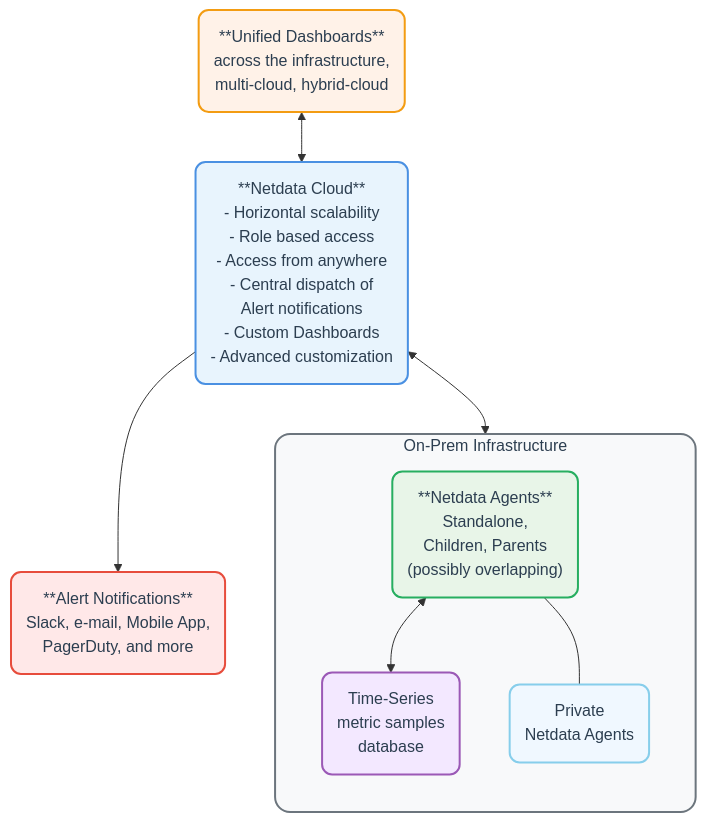
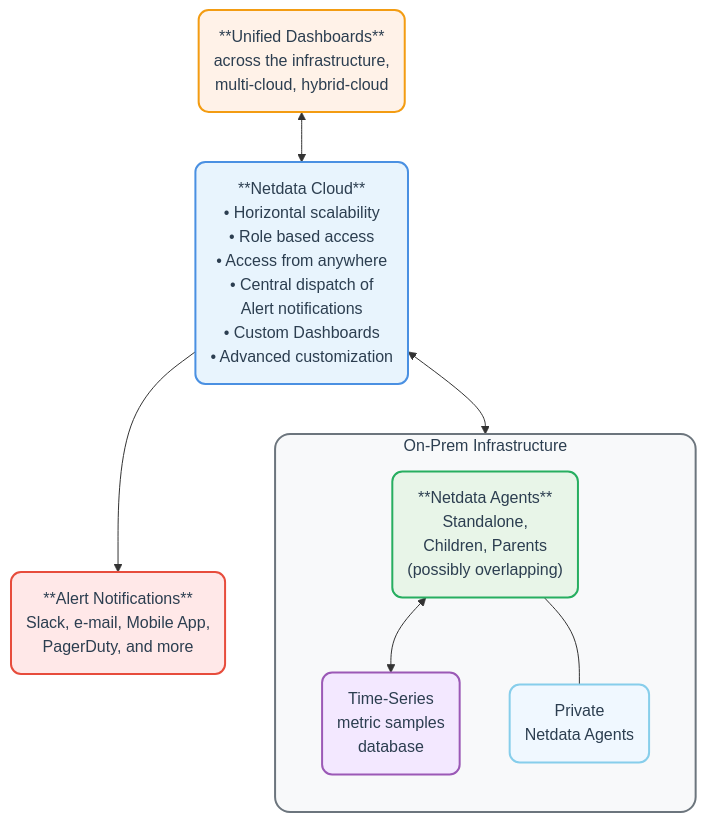
One commit to netdata/netdata changed the diagram in docs/netdata-cloud/README.md. Above: the diagram before and after it, drawn with Mermaid.

Commit message:
docs: fix "Unsupported markdown: list" in NC readme diagram

````diff
--- a/docs/netdata-cloud/README.md
+++ b/docs/netdata-cloud/README.md
@@ -19,65 +19,65 @@
 ```mermaid
 flowchart TB
    NC[NC]
    Users[Users]
    Notifications[Notifications]
 
    NC("**Netdata Cloud**
-- Horizontal scalability
-- Role based access
-- Access from anywhere
-- Central dispatch of<br/>Alert notifications
-- Custom Dashboards
-- Advanced customization")
+• Horizontal scalability
+• Role based access
+• Access from anywhere
+• Central dispatch of<br/>Alert notifications
+• Custom Dashboards
+• Advanced customization")
 
 Users("**Unified Dashboards**
 across the infrastructure,
 multi-cloud, hybrid-cloud")
 
 Notifications("**Alert Notifications**
 Slack, e-mail, Mobile App,
 PagerDuty, and more")
 
 Users <--> NC
 NC --> Notifications
 
 subgraph infrastructure["On-Prem Infrastructure"]
 direction TB
 Agents[Agents]
 TimeSeries[TimeSeries]
 PrivateAgents[PrivateAgents]
 
 Agents("**Netdata Agents**
 Standalone,
 Children, Parents
 (possibly overlapping)")
 
 TimeSeries("Time-Series
 metric samples
 database")
 
 PrivateAgents("Private
 Netdata Agents")
 
 Agents <--> TimeSeries
 Agents --- PrivateAgents
 end
 
 NC <--> Agents
 
 classDef cloud fill: #e8f4fd, stroke: #4a90e2, stroke-width: 2px, color: #2c3e50, rx: 10, ry: 10
 classDef users fill: #fff2e8, stroke: #f39c12, stroke-width: 2px, color: #2c3e50, rx: 10, ry: 10
 classDef notifications fill: #ffe8e8, stroke: #e74c3c, stroke-width: 2px, color: #2c3e50, rx: 10, ry: 10
 classDef agents fill: #e8f5e8, stroke: #27ae60, stroke-width: 2px, color: #2c3e50, rx: 10, ry: 10
 classDef timeseries fill: #f3e8ff, stroke: #9b59b6, stroke-width: 2px, color: #2c3e50, rx: 10, ry: 10
 classDef private fill: #f0f8ff, stroke: #87ceeb, stroke-width: 2px, color: #2c3e50, rx: 10, ry: 10
 classDef subgraphStyle fill: #f8f9fa, stroke: #6c757d, stroke-width: 2px, color: #2c3e50, rx: 15, ry: 15
 
 class NC cloud
 class Users users
 class Notifications notifications
 class Agents agents
 class TimeSeries timeseries
 class PrivateAgents private
 class infrastructure subgraphStyle
 ```
````
